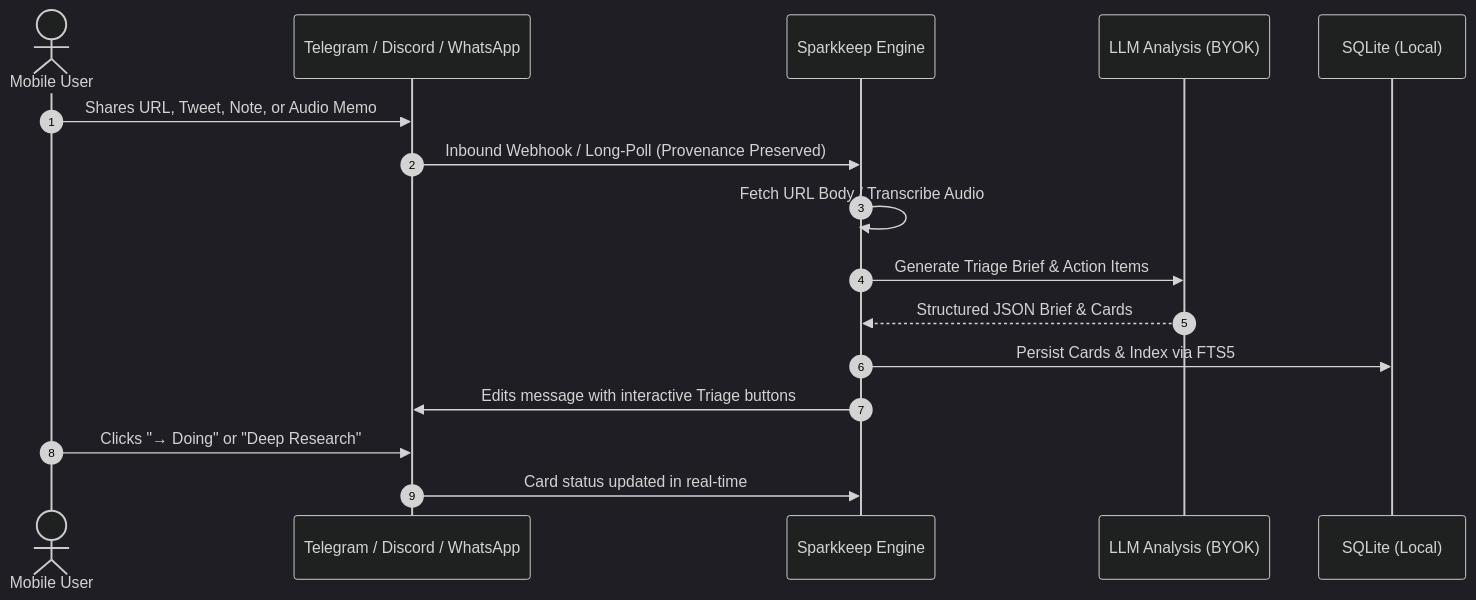
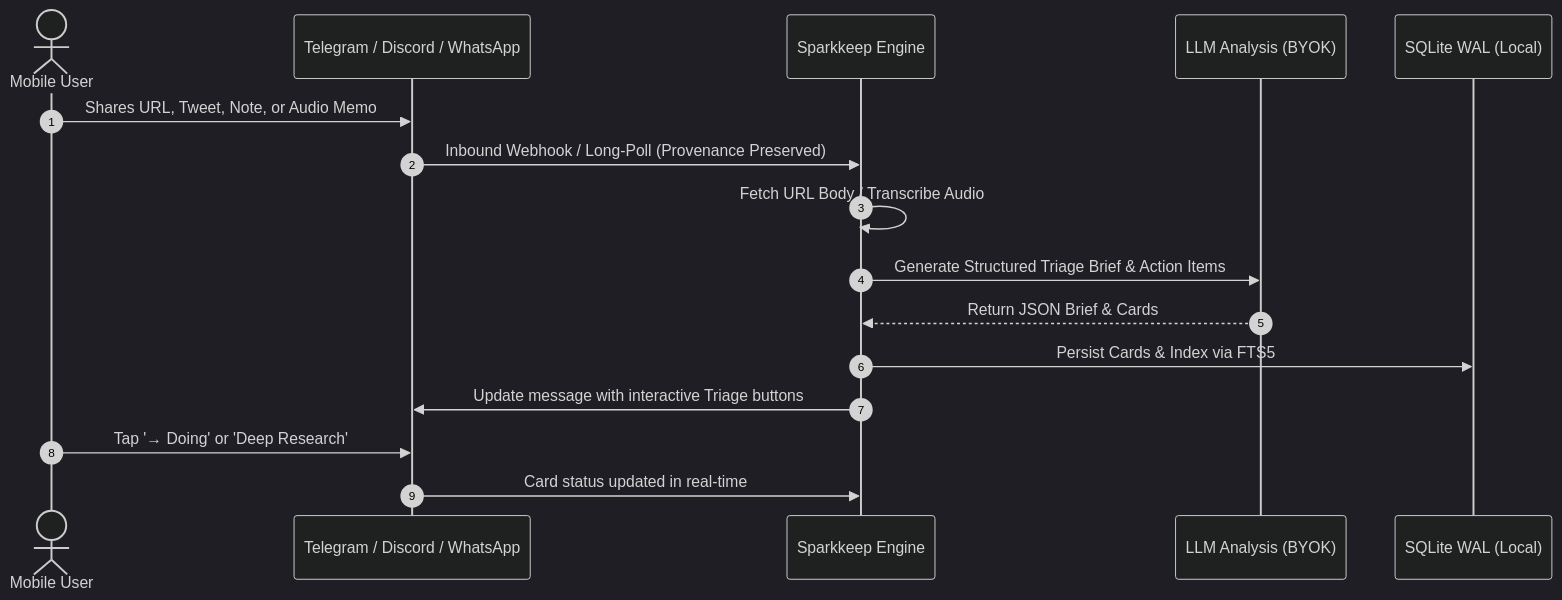
One commit to BurlacuAndrei/sparkkeep changed the third of 3 diagrams in README.md. Above: the diagram before and after it, drawn with Mermaid (dark theme). The commit also changed other lines of this file and 9 other files, not shown here.

Commit message:
docs(readme): rewrite README with authentic platform screenshots and validated Mermaid diagrams

````diff
--- a/README.md
+++ b/README.md
@@ -190,19 +242,19 @@
 ```mermaid
 sequenceDiagram
     autonumber
     actor User as Mobile User
-    participant TG as Telegram / Discord / WhatsApp
+    participant Channels as Telegram / Discord / WhatsApp
     participant Hub as Sparkkeep Engine
     participant LLM as LLM Analysis (BYOK)
-    participant DB as SQLite (Local)
+    participant DB as SQLite WAL (Local)
 
-    User->>TG: Shares URL, Tweet, Note, or Audio Memo
-    TG->>Hub: Inbound Webhook / Long-Poll (Provenance Preserved)
+    User->>Channels: Shares URL, Tweet, Note, or Audio Memo
+    Channels->>Hub: Inbound Webhook / Long-Poll (Provenance Preserved)
     Hub->>Hub: Fetch URL Body / Transcribe Audio
-    Hub->>LLM: Generate Triage Brief & Action Items
-    LLM-->>Hub: Structured JSON Brief & Cards
+    Hub->>LLM: Generate Structured Triage Brief & Action Items
+    LLM-->>Hub: Return JSON Brief & Cards
     Hub->>DB: Persist Cards & Index via FTS5
-    Hub->>TG: Edits message with interactive Triage buttons
-    User->>TG: Clicks "→ Doing" or "Deep Research"
-    TG->>Hub: Card status updated in real-time
+    Hub->>Channels: Update message with interactive Triage buttons
+    User->>Channels: Tap '→ Doing' or 'Deep Research'
+    Channels->>Hub: Card status updated in real-time
 ```
````
